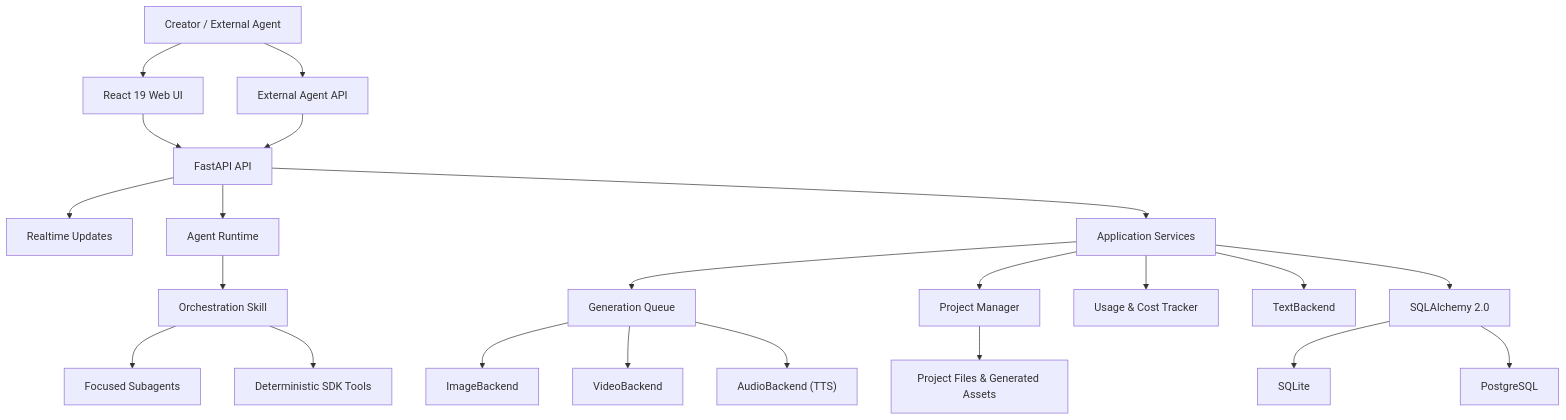
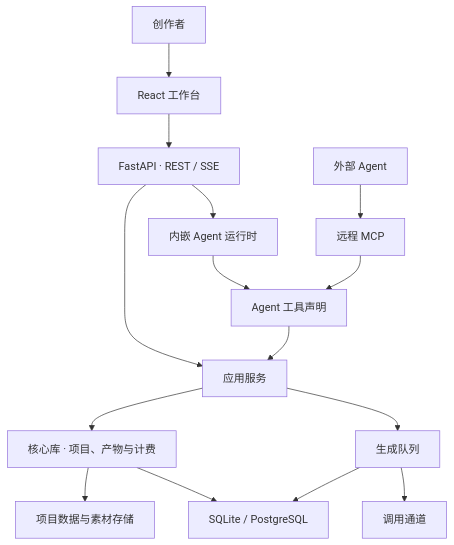
One commit to ArcReel/ArcReel changed the diagram in website/docs/dev/architecture.md. Above: the diagram before and after it, drawn with Mermaid. The commit also changed other lines of this file and 290 other files, not shown here.

````diff
--- a/website/docs/dev/architecture.md
+++ b/website/docs/dev/architecture.md
@@ -28,30 +15,17 @@
 ```mermaid
 flowchart TB
-    USER["Creator / External Agent"] --> UI["React 19 Web UI"]
-    USER --> EXT["External Agent API"]
-
-    UI --> API["FastAPI API"]
-    EXT --> API
-
-    API --> SSE["Realtime Updates"]
-    API --> AGENT["Agent Runtime"]
-    API --> SERVICES["Application Services"]
-
-    AGENT --> ORCH["Orchestration Skill"]
-    ORCH --> SUB["Focused Subagents"]
-    ORCH --> TOOLS["Deterministic SDK Tools"]
-
-    SERVICES --> QUEUE["Generation Queue"]
-    SERVICES --> PROJECTS["Project Manager"]
-    SERVICES --> USAGE["Usage & Cost Tracker"]
-
-    SERVICES --> TEXT["TextBackend"]
-    QUEUE --> IMAGE["ImageBackend"]
-    QUEUE --> VIDEO["VideoBackend"]
-    QUEUE --> TTS["AudioBackend (TTS)"]
-
-    PROJECTS --> FILES["Project Files & Generated Assets"]
-    SERVICES --> ORM["SQLAlchemy 2.0"]
-    ORM --> SQLITE["SQLite"]
-    ORM --> PG["PostgreSQL"]
+    CREATOR["创作者"] --> UI["React 工作台"]
+    UI --> API["FastAPI · REST / SSE"]
+    EXTERNAL["外部 Agent"] --> MCP["远程 MCP"]
+    API --> AGENT["内嵌 Agent 运行时"]
+    AGENT --> TOOLS["Agent 工具声明"]
+    MCP --> TOOLS
+    API --> SERVICES["应用服务"]
+    TOOLS --> SERVICES
+    SERVICES --> CORE["核心库 · 项目、产物与计费"]
+    SERVICES --> QUEUE["生成队列"]
+    QUEUE --> CALLS["调用通道"]
+    CORE --> FILES["项目数据与素材存储"]
+    CORE --> DB["SQLite / PostgreSQL"]
+    QUEUE --> DB
 ```
````
